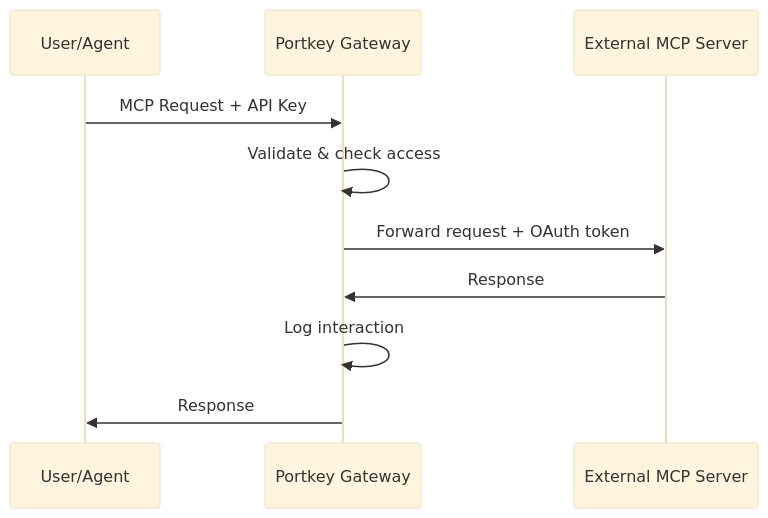
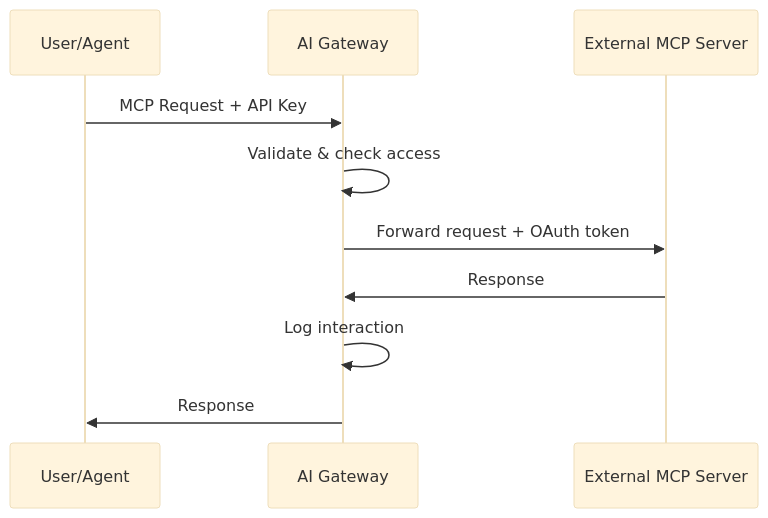
The diagram in aigw/product/mcp-gateway/external-mcp-servers.mdx (Portkey-AI/docs-core), drawn with Mermaid (base theme) before and after one commit. The commit also changed other lines of this file and 174 other files, not shown here.

````diff
--- a/aigw/product/mcp-gateway/external-mcp-servers.mdx
+++ b/aigw/product/mcp-gateway/external-mcp-servers.mdx
@@ -26,13 +26,13 @@
 ```mermaid
 sequenceDiagram
     participant User as User/Agent
-    participant PK as Portkey Gateway
+    participant PK as AI Gateway
     participant MCP as External MCP Server
 
     User->>PK: MCP Request + API Key
     PK->>PK: Validate & check access
     PK->>MCP: Forward request + OAuth token
     MCP->>PK: Response
     PK->>PK: Log interaction
     PK->>User: Response
 ```
````
